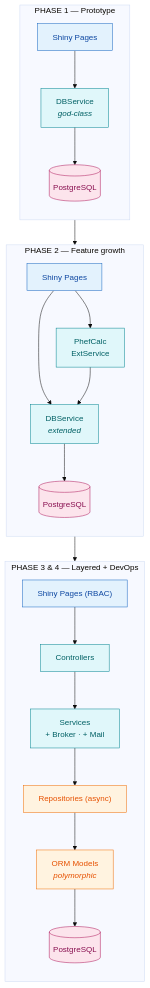
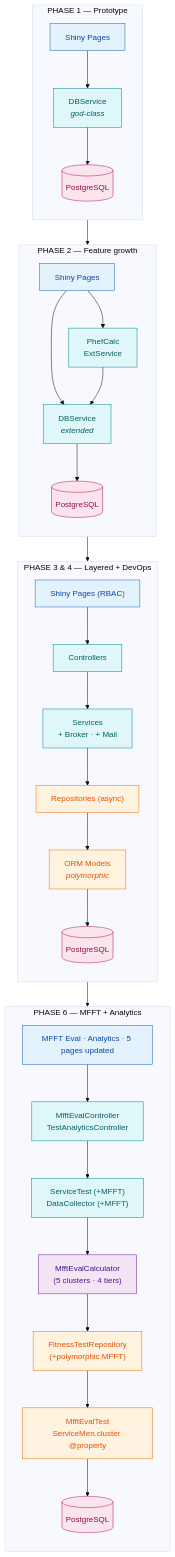
The third of 3 diagrams in Readme.md (BenoitGoethals/WarriorFit), drawn with Mermaid (base theme) before and after one commit. The commit also changed other lines of this file and 4 other files, not shown here.

First line of the commit message:
docs: update evolution timeline with MFFT Eval and Test Analytics integration

````diff
--- a/Readme.md
+++ b/Readme.md
@@ -166,35 +183,47 @@
 ```mermaid
 flowchart TB
     subgraph P1["PHASE 1 — Prototype"]
         direction TB
         P1U[Shiny Pages] --> P1S["DBService<br/><i>god-class</i>"] --> P1DB[(PostgreSQL)]
     end
 
     subgraph P2["PHASE 2 — Feature growth"]
         direction TB
         P2U[Shiny Pages] --> P2C["PhefCalc<br/>ExtService"]
         P2U --> P2S["DBService<br/><i>extended</i>"]
         P2C --> P2S
         P2S --> P2DB[(PostgreSQL)]
     end
 
     subgraph P34["PHASE 3 & 4 — Layered + DevOps"]
         direction TB
         P3U["Shiny Pages (RBAC)"] --> P3C[Controllers]
         P3C --> P3S["Services<br/>+ Broker · + Mail"]
         P3S --> P3R["Repositories (async)"]
         P3R --> P3M["ORM Models<br/><i>polymorphic</i>"]
         P3M --> P3DB[(PostgreSQL)]
     end
 
-    P1 --> P2 --> P34
+    subgraph P6["PHASE 6 — MFFT + Analytics"]
+        direction TB
+        P6U["MFFT Eval · Analytics · 5 pages updated"] --> P6C["MfftEvalController<br/>TestAnalyticsController"]
+        P6C --> P6S["ServiceTest (+MFFT)<br/>DataCollector (+MFFT)"]
+        P6S --> P6L["MfftEvalCalculator<br/>(5 clusters · 4 tiers)"]
+        P6L --> P6R["FitnessTestRepository<br/>(+polymorphic MFFT)"]
+        P6R --> P6M["MfftEvalTest<br/>ServiceMen.cluster @property"]
+        P6M --> P6DB[(PostgreSQL)]
+    end
 
-    classDef ui   fill:#e3f2fd,stroke:#1565c0,color:#0d47a1;
-    classDef svc  fill:#e0f7fa,stroke:#00838f,color:#006064;
-    classDef repo fill:#fff3e0,stroke:#ef6c00,color:#e65100;
-    classDef db   fill:#fce4ec,stroke:#ad1457,color:#880e4f;
-    class P1U,P2U,P3U ui
-    class P1S,P2S,P2C,P3C,P3S svc
-    class P3R,P3M repo
-    class P1DB,P2DB,P3DB db
+    P1 --> P2 --> P34 --> P6
+
+    classDef ui    fill:#e3f2fd,stroke:#1565c0,color:#0d47a1;
+    classDef svc   fill:#e0f7fa,stroke:#00838f,color:#006064;
+    classDef logic fill:#f3e5f5,stroke:#6a1b9a,color:#4a148c;
+    classDef repo  fill:#fff3e0,stroke:#ef6c00,color:#e65100;
+    classDef db    fill:#fce4ec,stroke:#ad1457,color:#880e4f;
+    class P1U,P2U,P3U,P6U ui
+    class P1S,P2S,P2C,P3C,P3S,P6C,P6S svc
+    class P6L logic
+    class P3R,P3M,P6R,P6M repo
+    class P1DB,P2DB,P3DB,P6DB db
 ```
````
